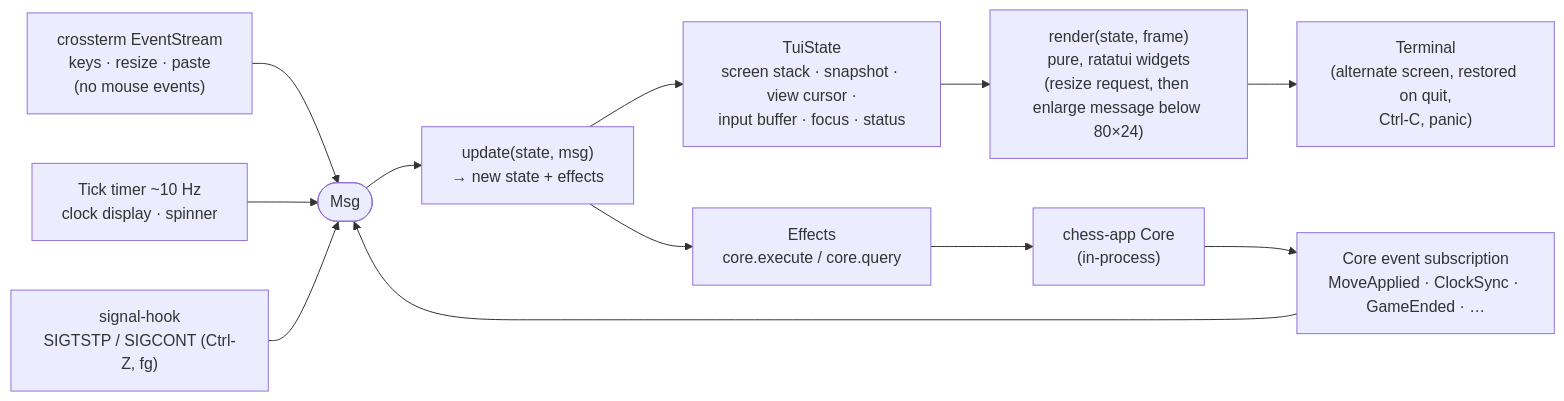
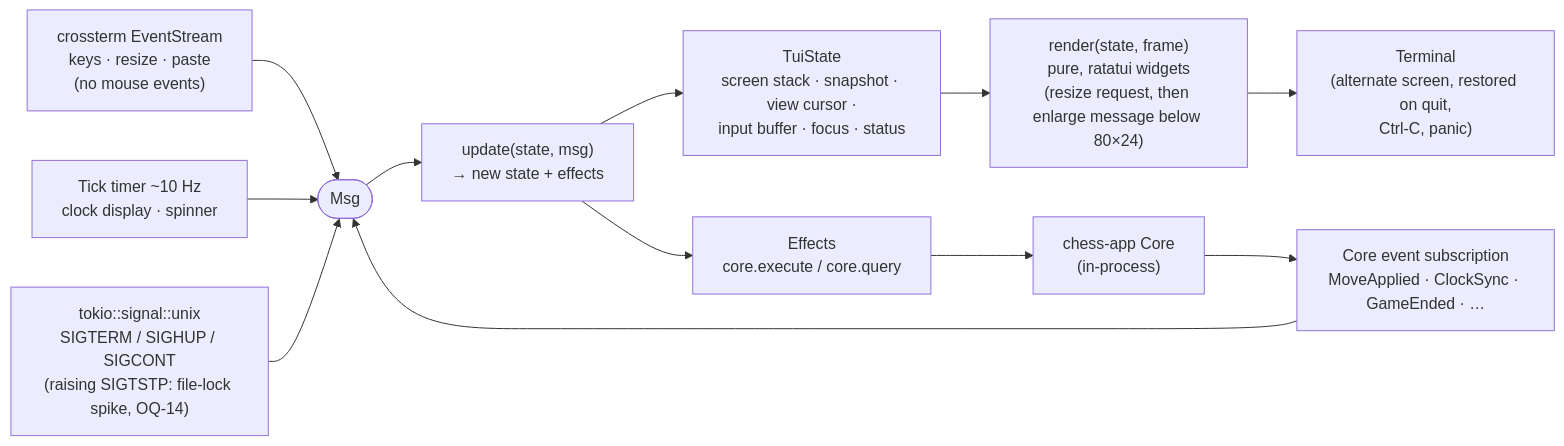
One commit to bprascher/chess changed the ninth of 14 diagrams in docs/architecture.md. Above: the diagram before and after it, drawn with Mermaid. The commit also changed other lines of this file and 17 other files, not shown here.

First line of the commit message:
Apply architecture addendum B and C to the SDDs and add the v0.4 consistency pass

````diff
--- a/docs/architecture.md
+++ b/docs/architecture.md
@@ -945,14 +1136,14 @@
 ```mermaid
 flowchart LR
     keys["crossterm EventStream<br/>keys · resize · paste<br/>(no mouse events)"] --> msg
     coreev["Core event subscription<br/>MoveApplied · ClockSync · GameEnded · …"] --> msg
     tick["Tick timer ~10 Hz<br/>clock display · spinner"] --> msg
-    sig["signal-hook<br/>SIGTSTP / SIGCONT (Ctrl-Z, fg)"] --> msg
+    sig["tokio::signal::unix<br/>SIGTERM / SIGHUP / SIGCONT<br/>(raising SIGTSTP: file-lock spike, OQ-14)"] --> msg
     msg(["Msg"]) --> update["update(state, msg)<br/>→ new state + effects"]
     update --> state["TuiState<br/>screen stack · snapshot · view cursor ·<br/>input buffer · focus · status"]
     update --> effects["Effects<br/>core.execute / core.query"]
     effects --> core["chess-app Core<br/>(in-process)"]
     core --> coreev
     state --> view["render(state, frame)<br/>pure, ratatui widgets<br/>(resize request, then enlarge message below 80×24)"]
     view --> term["Terminal<br/>(alternate screen, restored on quit,<br/>Ctrl-C, panic)"]
 ```
````
